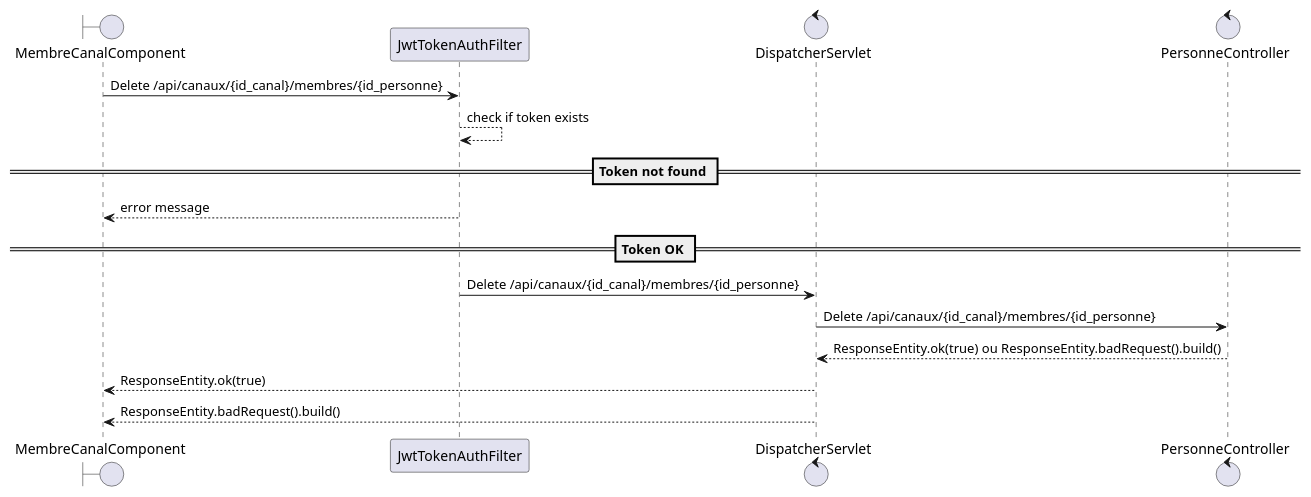
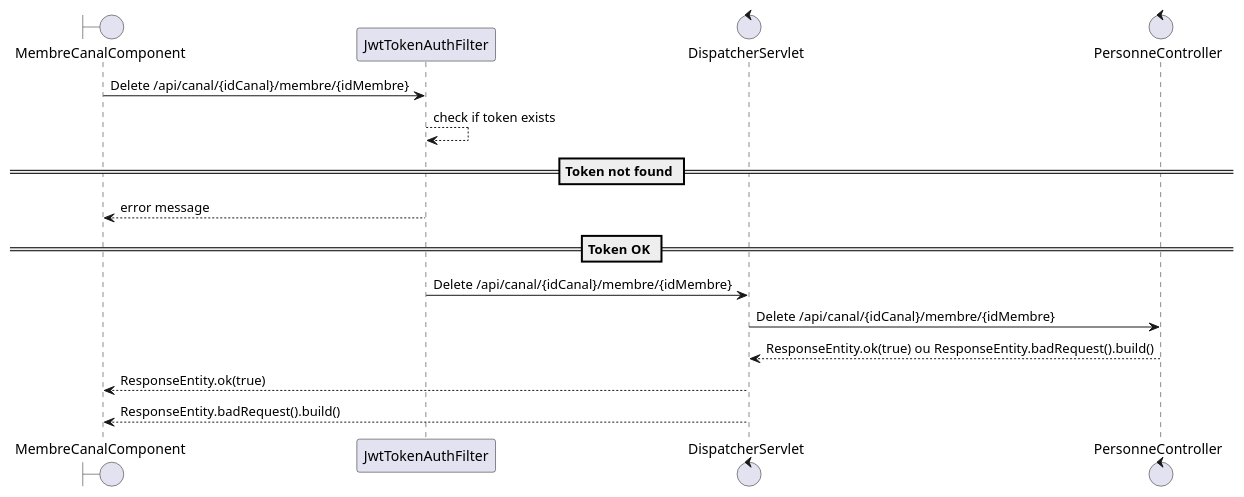
One commit to soupramanien/cdaMassy2021ReactJS changed the diagram in public/diagramme-de-sequence/SupprimerMembreDuCanal.puml. Above: the diagram before and after it, drawn with PlantUML. The commit also changed 3 other files, not shown here.

Commit message:
Update diagrame-de-sequence -> Url Pattern

```diff
--- a/public/diagramme-de-sequence/SupprimerMembreDuCanal.puml
+++ b/public/diagramme-de-sequence/SupprimerMembreDuCanal.puml
@@ -3,18 +3,18 @@
 @startuml
 boundary MembreCanalComponent
 participant JwtTokenAuthFilter
 control DispatcherServlet 
 control PersonneController 
 
 
-MembreCanalComponent -> JwtTokenAuthFilter : Delete /api/canaux/{id_canal}/membres/{id_personne}
+MembreCanalComponent -> JwtTokenAuthFilter : Delete /api/canal/{idCanal}/membre/{idMembre}
 JwtTokenAuthFilter --> JwtTokenAuthFilter : check if token exists
 ==Token not found ==
 JwtTokenAuthFilter --> MembreCanalComponent : error message 
 ==Token OK ==
-JwtTokenAuthFilter -> DispatcherServlet : Delete /api/canaux/{id_canal}/membres/{id_personne}
-DispatcherServlet -> PersonneController : Delete /api/canaux/{id_canal}/membres/{id_personne}
+JwtTokenAuthFilter -> DispatcherServlet : Delete /api/canal/{idCanal}/membre/{idMembre}
+DispatcherServlet -> PersonneController : Delete /api/canal/{idCanal}/membre/{idMembre}
 PersonneController --> DispatcherServlet : ResponseEntity.ok(true) ou ResponseEntity.badRequest().build()
 DispatcherServlet --> MembreCanalComponent : ResponseEntity.ok(true)
 DispatcherServlet --> MembreCanalComponent : ResponseEntity.badRequest().build()
 @endumls
```
